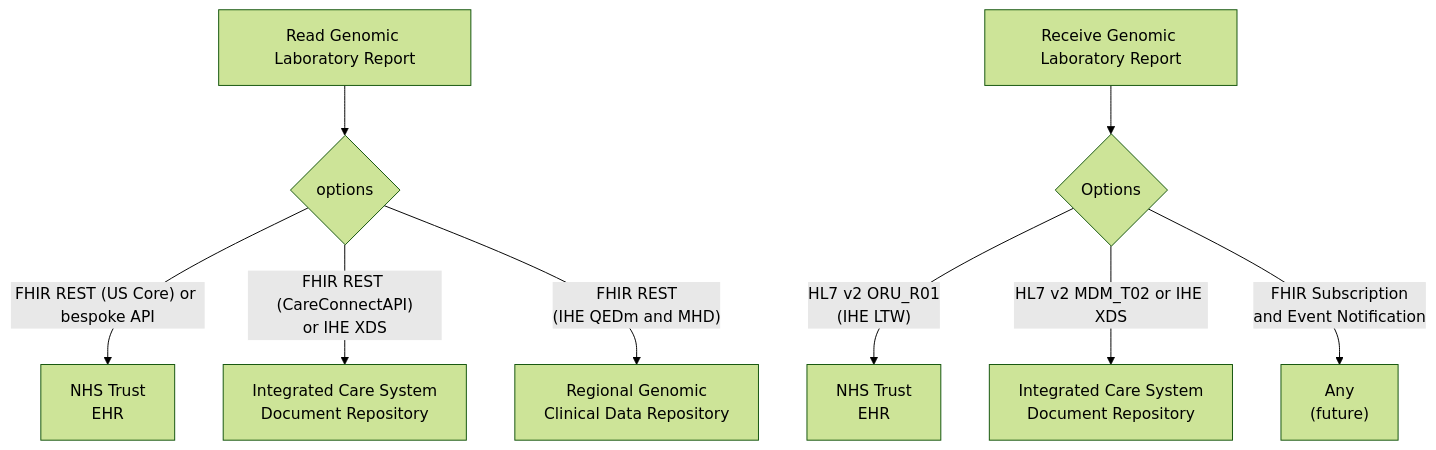
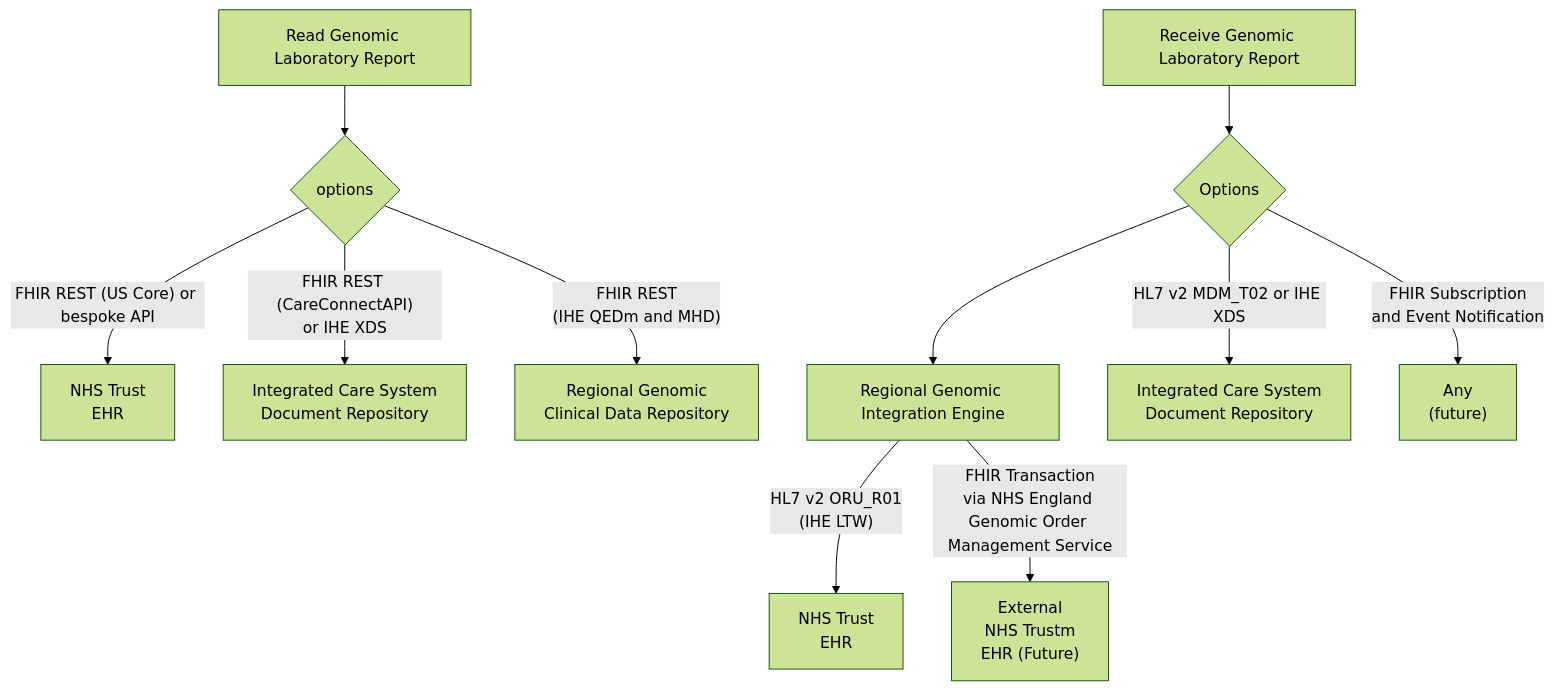
One commit to uk-gov-mirror/nw-gmsa.nw-gmsa.github.com changed the second of 3 diagrams in input/pagecontent/index.md. Above: the diagram before and after it, drawn with Mermaid (forest theme).

Commit message:
Genomic Test Order and Report Example Scenario

````diff
--- a/input/pagecontent/index.md
+++ b/input/pagecontent/index.md
@@ -61,12 +61,14 @@
 ```mermaid
 graph TD;
     Read[Read Genomic Laboratory Report]-->O
     O{options} --> |"FHIR REST (US Core) or bespoke API"| EHR[NHS Trust<br/>EHR] 
     O --> |"FHIR REST (CareConnectAPI)<br/>or IHE XDS"| ICS[Integrated Care System <br/> Document Repository]
     O --> |"FHIR REST<br/>(IHE QEDm and MHD)"| CDR[Regional Genomic<br/> Clinical Data Repository]
 
     Receive[Receive Genomic Laboratory Report] --> OR{Options}
-    OR --> |"HL7 v2 ORU_R01<br/>(IHE LTW)"| EHRTIE[NHS Trust<br/>EHR] 
+    OR --> RIE[Regional Genomic Integration Engine] 
+    RIE--> |"HL7 v2 ORU_R01<br/>(IHE LTW)"| EHRTIE[NHS Trust<br/>EHR] 
+    RIE --> |"FHIR Transaction<br/>via NHS England Genomic Order Management Service"| GOMS["External<br/>NHS Trustm<br/>EHR (Future)"] 
     OR --> |HL7 v2 MDM_T02 or IHE XDS| ICSTIE[Integrated Care System <br/> Document Repository]
     OR --> |FHIR Subscription <br/> and Event Notification| Any["Any <br/>(future)"]
 ```
````
